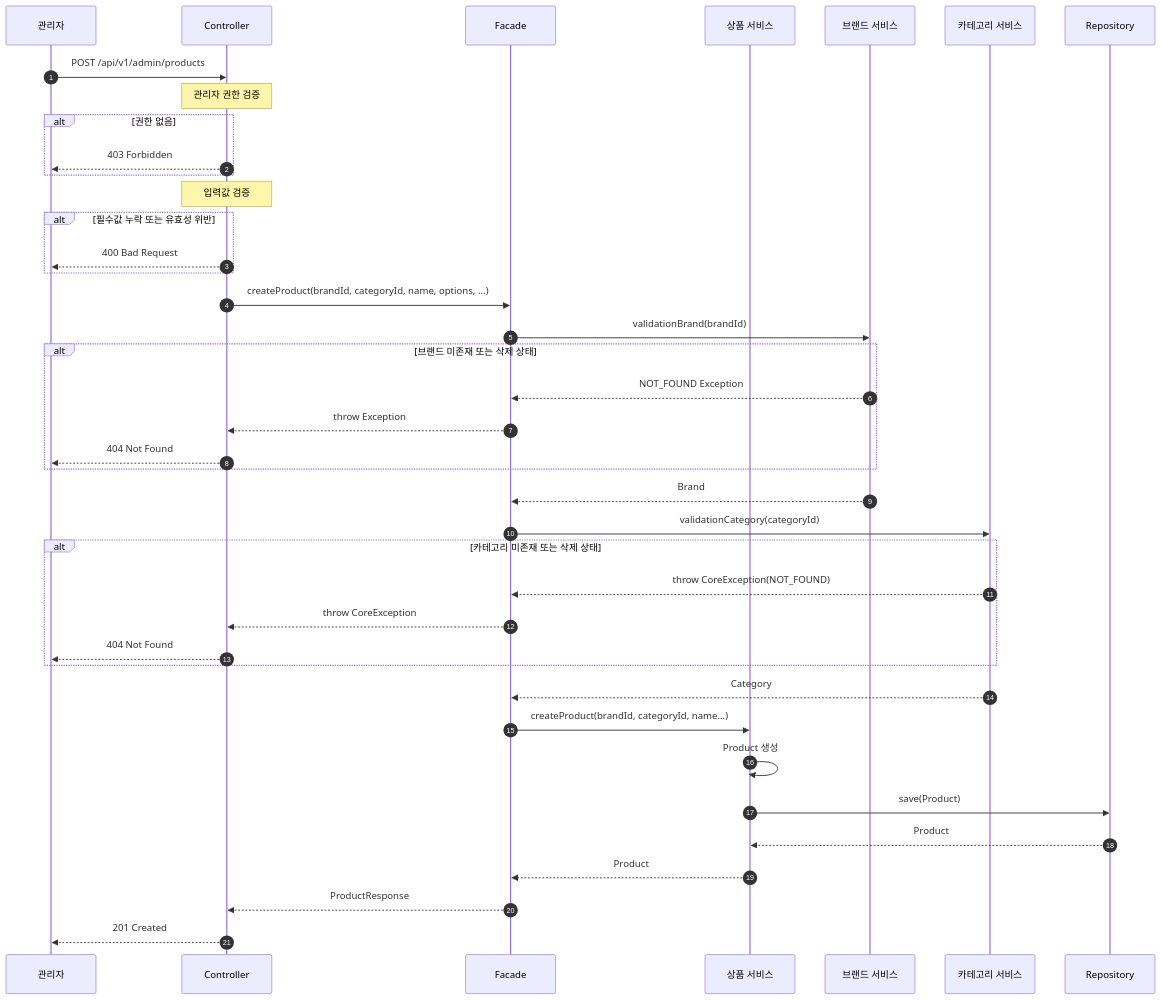
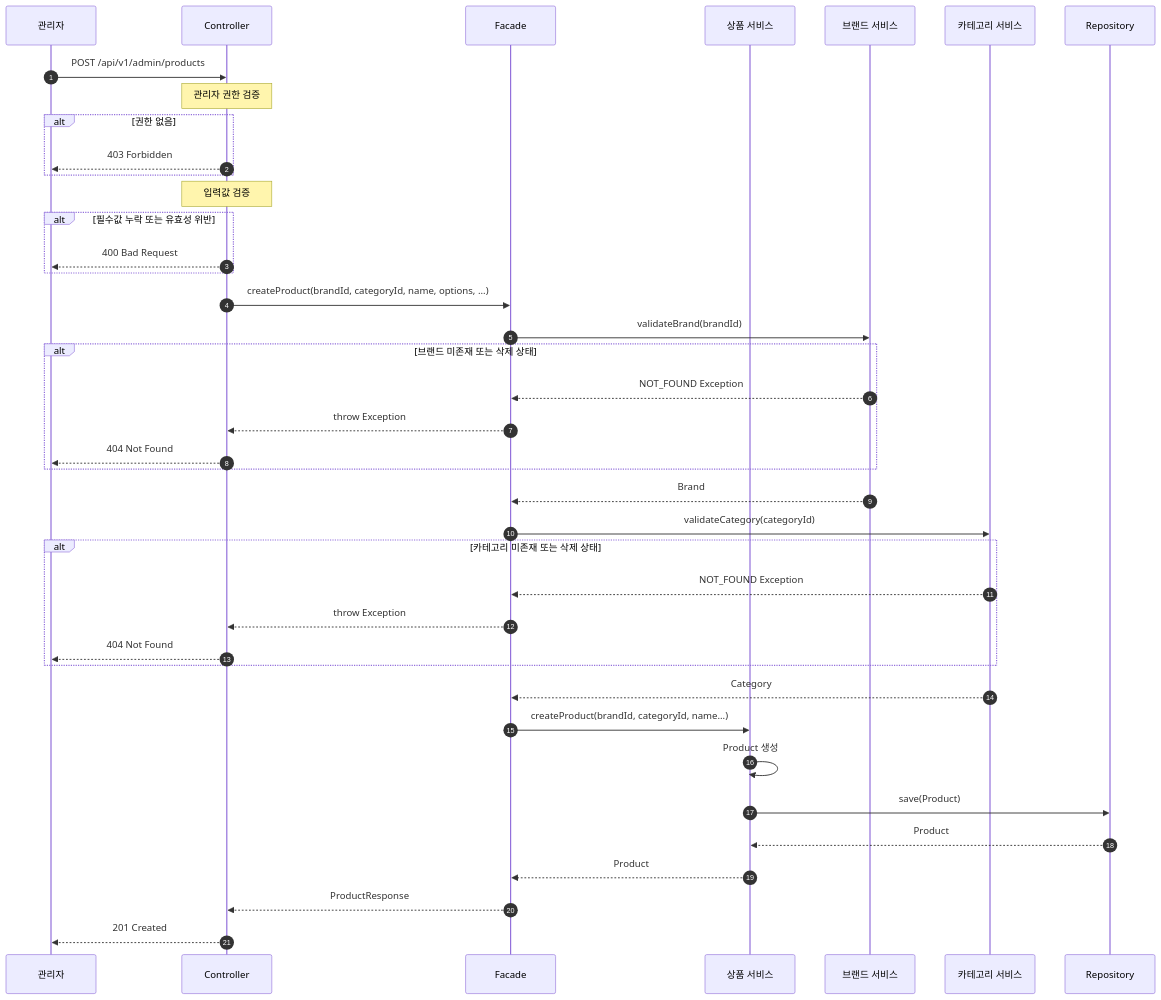
The tenth of 16 diagrams in docs/design/02-sequence-diagram.md (letter333/loop-pack-be-l2-vol3-java), drawn with Mermaid before and after one commit. The commit also changed other lines of this file and 3 other files, not shown here.

````diff
--- a/docs/design/02-sequence-diagram.md
+++ b/docs/design/02-sequence-diagram.md
@@ -363,55 +354,55 @@
 ```mermaid
 sequenceDiagram
     autonumber
     participant Admin as 관리자
     participant Controller
     participant Facade
     participant ProductService as 상품 서비스
     participant BrandService as 브랜드 서비스
     participant CategoryService as 카테고리 서비스
     participant Repository
 
     Admin->>Controller: POST /api/v1/admin/products
     Note over Controller: 관리자 권한 검증
 
     alt 권한 없음
         Controller-->>Admin: 403 Forbidden
     end
 
     Note over Controller: 입력값 검증
 
     alt 필수값 누락 또는 유효성 위반
         Controller-->>Admin: 400 Bad Request
     end
 
     Controller->>Facade: createProduct(brandId, categoryId, name, options, ...)
-    Facade->>BrandService: validationBrand(brandId)
+    Facade->>BrandService: validateBrand(brandId)
 
     alt 브랜드 미존재 또는 삭제 상태
         BrandService-->>Facade: NOT_FOUND Exception
         Facade-->>Controller: throw Exception
         Controller-->>Admin: 404 Not Found
     end
 
     BrandService-->>Facade: Brand
 
-    Facade->>CategoryService: validationCategory(categoryId)
+    Facade->>CategoryService: validateCategory(categoryId)
 
 
     alt 카테고리 미존재 또는 삭제 상태
-        CategoryService-->>Facade: throw CoreException(NOT_FOUND)
-        Facade-->>Controller: throw CoreException
+        CategoryService-->>Facade: NOT_FOUND Exception
+        Facade-->>Controller: throw Exception
         Controller-->>Admin: 404 Not Found
     end
 
     CategoryService-->>Facade: Category
 
     Facade->>ProductService: createProduct(brandId, categoryId, name...)
     ProductService->>ProductService: Product 생성
     ProductService->>Repository: save(Product)
     Repository-->>ProductService: Product
     ProductService-->>Facade: Product
 
     Facade-->>Controller: ProductResponse
     Controller-->>Admin: 201 Created
 ```
````
